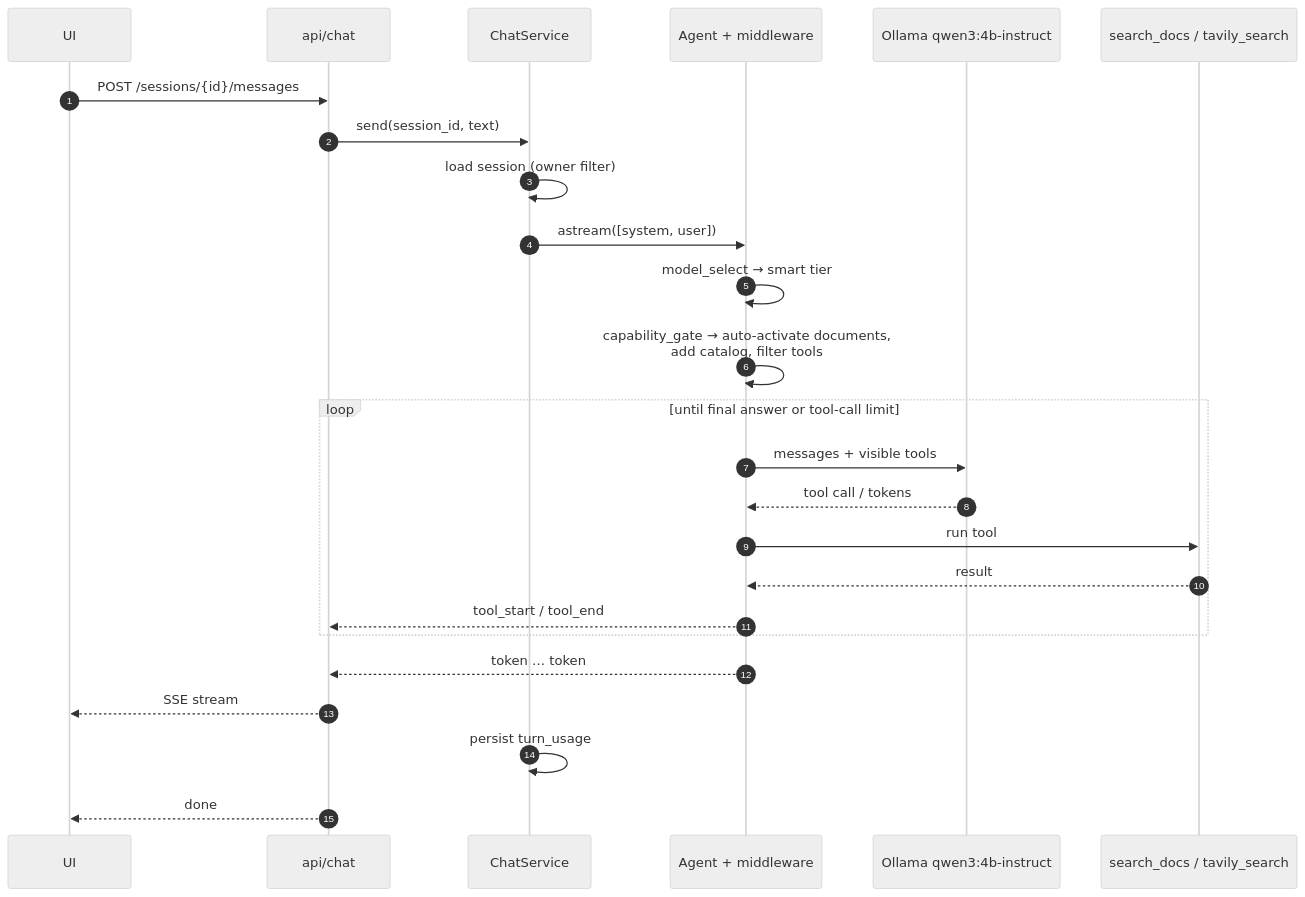
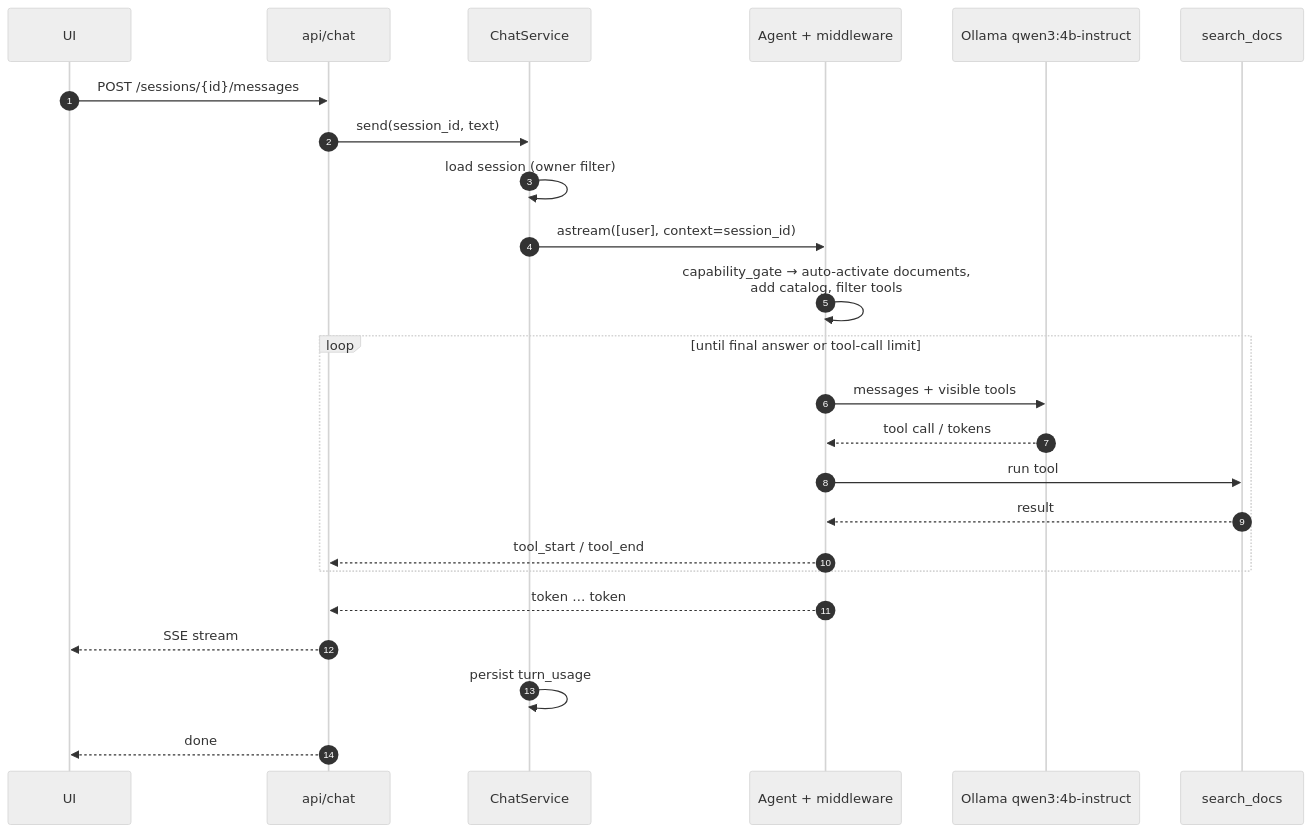
One commit to reddybharat/agentic-rag changed the third of 6 diagrams in docs/architecture.md. Above: the diagram before and after it, drawn with Mermaid (neutral theme). The commit also changed other lines of this file and 4 other files, not shown here.

````diff
--- a/docs/architecture.md
+++ b/docs/architecture.md
@@ -88,28 +88,27 @@
 ```mermaid
 sequenceDiagram
     autonumber
     participant UI
     participant API as api/chat
     participant Chat as ChatService
     participant Agent as Agent + middleware
     participant LLM as Ollama qwen3:4b-instruct
-    participant Tools as search_docs / tavily_search
+    participant Tools as search_docs
 
     UI->>API: POST /sessions/{id}/messages
     API->>Chat: send(session_id, text)
     Chat->>Chat: load session (owner filter)
-    Chat->>Agent: astream([system, user])
-    Agent->>Agent: model_select → smart tier
+    Chat->>Agent: astream([user], context=session_id)
     Agent->>Agent: capability_gate → auto-activate documents,<br/>add catalog, filter tools
     loop until final answer or tool-call limit
         Agent->>LLM: messages + visible tools
         LLM-->>Agent: tool call / tokens
         Agent->>Tools: run tool
         Tools-->>Agent: result
         Agent-->>API: tool_start / tool_end
     end
     Agent-->>API: token … token
     API-->>UI: SSE stream
     Chat->>Chat: persist turn_usage
     API-->>UI: done
 ```
````
